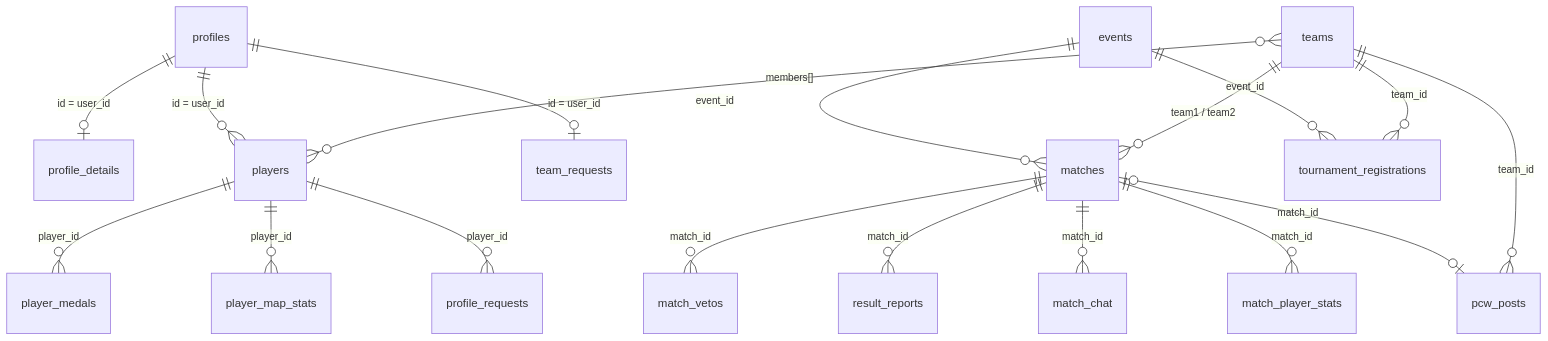
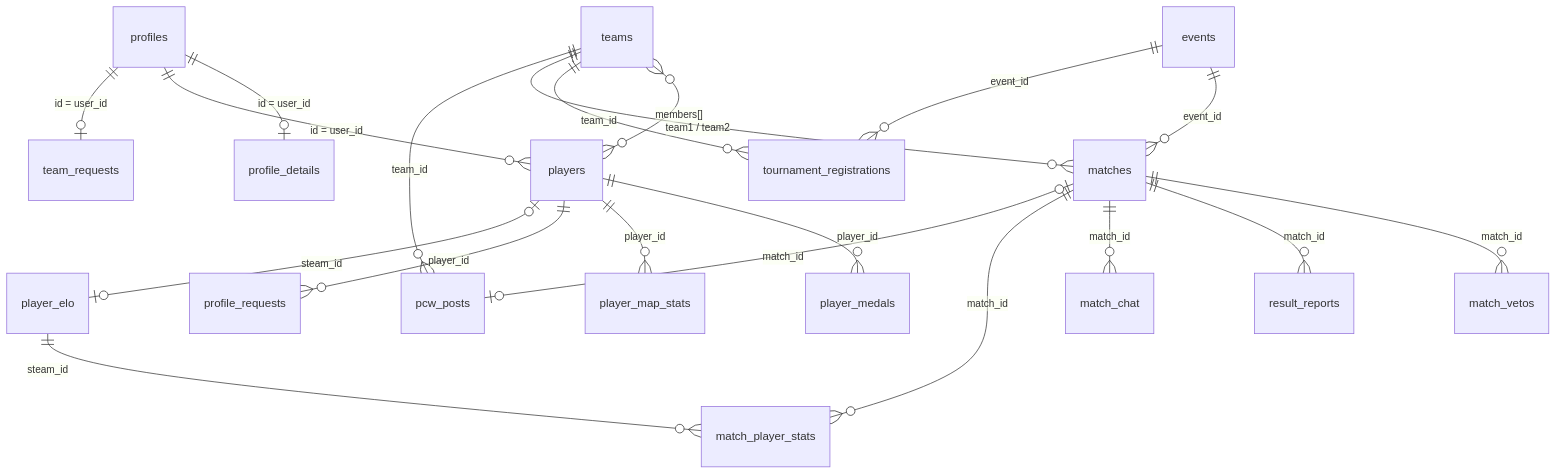
One commit to mchssj/v34frag changed the diagram in docs/MODELO_DATOS.md. Above: the diagram before and after it, drawn with Mermaid. The commit also changed other lines of this file and 9 other files, not shown here.

````diff
--- a/docs/MODELO_DATOS.md
+++ b/docs/MODELO_DATOS.md
@@ -8,20 +8,22 @@
 ```mermaid
 erDiagram
   profiles ||--o| profile_details : "id = user_id"
   profiles ||--o{ players : "id = user_id"
   profiles ||--o| team_requests : "id = user_id"
   teams }o--o{ players : "members[]"
   events ||--o{ matches : event_id
   events ||--o{ tournament_registrations : event_id
   teams ||--o{ tournament_registrations : team_id
   teams ||--o{ matches : "team1 / team2"
   matches ||--o{ match_vetos : match_id
   matches ||--o{ result_reports : match_id
   matches ||--o{ match_chat : match_id
   matches ||--o{ match_player_stats : match_id
   matches |o--o| pcw_posts : match_id
   teams ||--o{ pcw_posts : team_id
   players ||--o{ player_medals : player_id
   players ||--o{ player_map_stats : player_id
   players ||--o{ profile_requests : player_id
+  players |o--o| player_elo : steam_id
+  player_elo ||--o{ match_player_stats : steam_id
 ```
````
